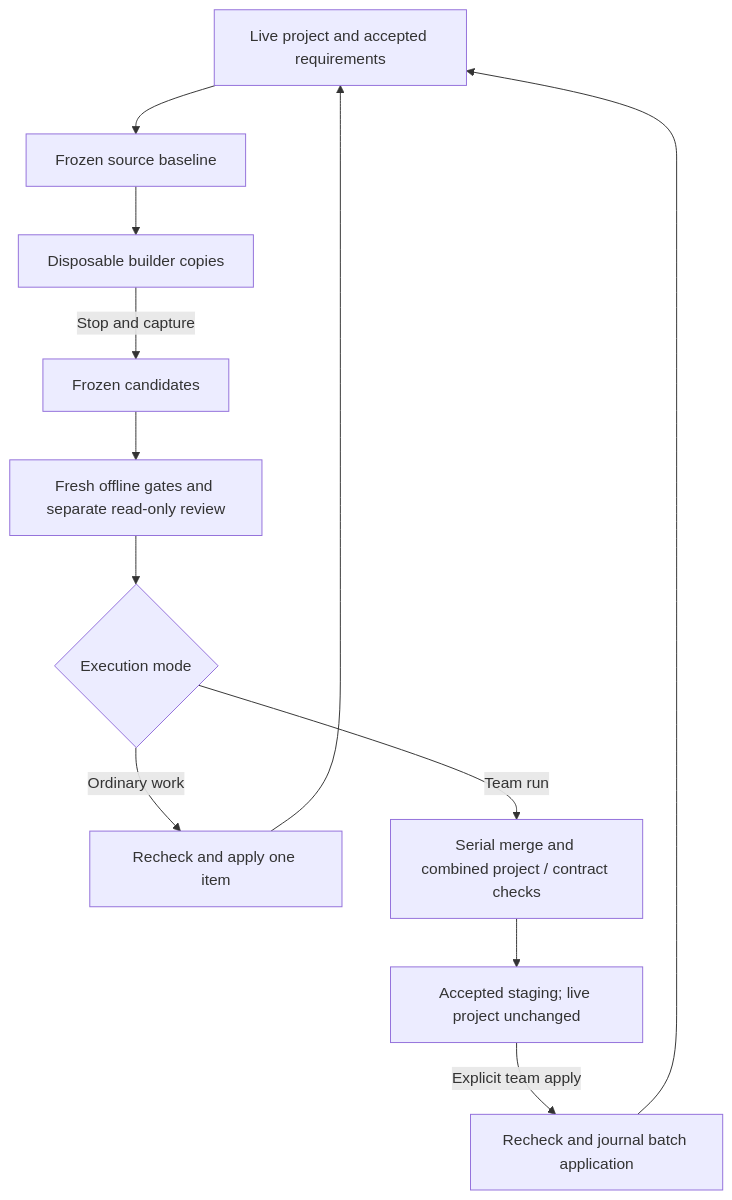
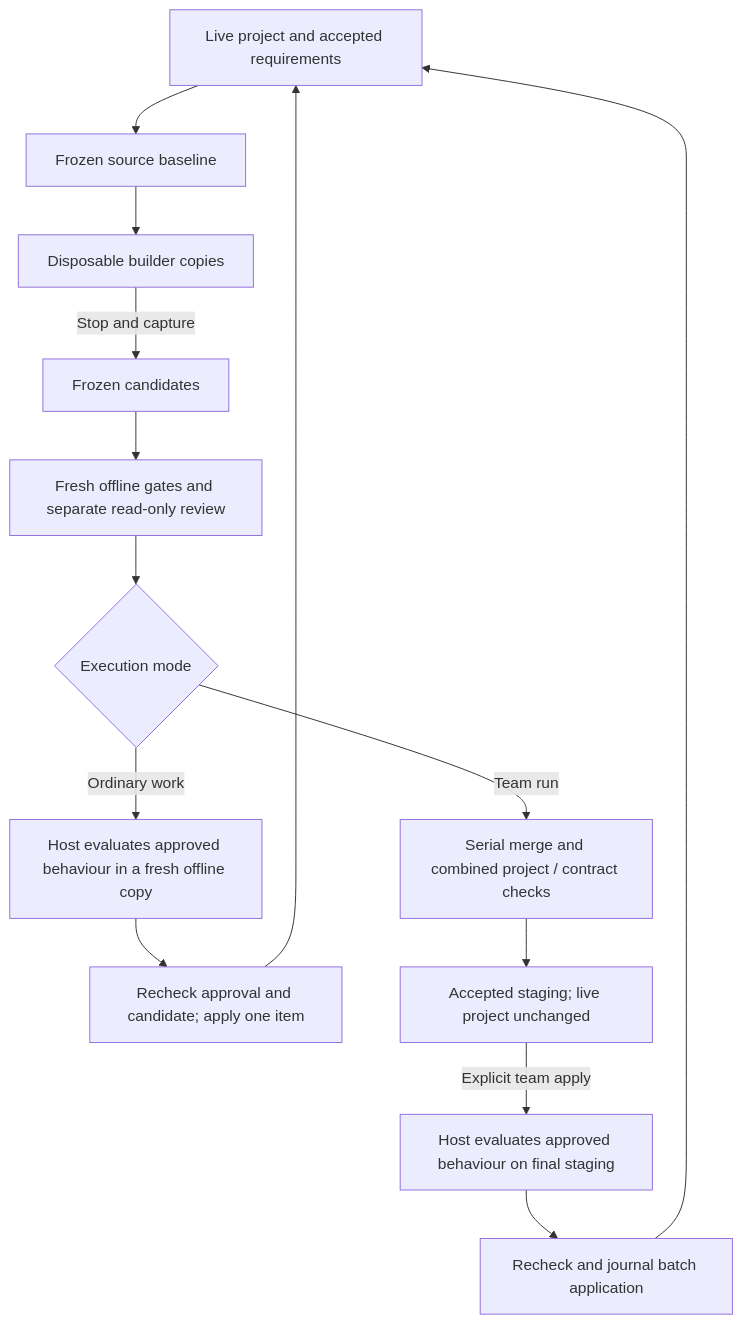
The diagram in README.md (BleOdel/agent-harness), drawn with Mermaid before and after one commit. The commit also changed other lines of this file and 45 other files, not shown here.

````diff
--- a/README.md
+++ b/README.md
@@ -61,14 +67,16 @@
 ```mermaid
 flowchart TD
   P["Live project and accepted requirements"] --> B["Frozen source baseline"]
   B --> W["Disposable builder copies"]
   W -->|Stop and capture| C["Frozen candidates"]
   C --> G["Fresh offline gates and separate read-only review"]
   G --> O{"Execution mode"}
-  O -->|Ordinary work| A["Recheck and apply one item"]
+  O -->|Ordinary work| V["Host evaluates approved behaviour in a fresh offline copy"]
+  V --> A["Recheck approval and candidate; apply one item"]
   O -->|Team run| I["Serial merge and combined project / contract checks"]
   I --> S["Accepted staging; live project unchanged"]
-  S -->|Explicit team apply| J["Recheck and journal batch application"]
+  S -->|Explicit team apply| Q["Host evaluates approved behaviour on final staging"]
+  Q --> J["Recheck and journal batch application"]
   A --> P
   J --> P
 ```
````
